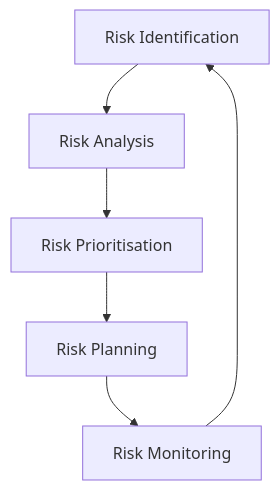
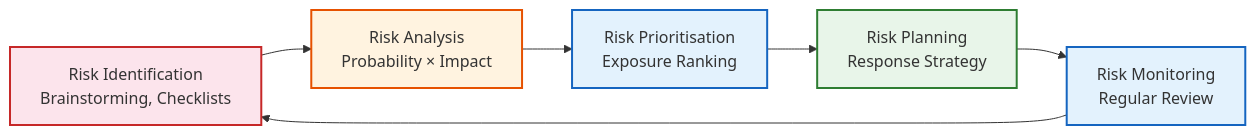
One commit to Raushan666java/ai-engineering-journey changed the fourth of 4 diagrams in docs/courses/software-engineering/08-project-management.md. Above: the diagram before and after it, drawn with Mermaid. The commit also changed other lines of this file and 15 other files, not shown here.

Commit message:
deploy: software-engineering overhaul - 16 chapters expanded to avg 1284L (+7649L), richer Mermaid, more TS, deeper content

````diff
--- a/docs/courses/software-engineering/08-project-management.md
+++ b/docs/courses/software-engineering/08-project-management.md
@@ -214,8 +369,13 @@
 ```mermaid
-graph TD
-    ID[Risk Identification] --> AN[Risk Analysis]
-    AN --> PR[Risk Prioritisation]
-    PR --> PL[Risk Planning]
-    PL --> MO[Risk Monitoring]
+graph LR
+    classDef id fill:#fce4ec,stroke:#c62828,stroke-width:2px
+    classDef an fill:#fff3e0,stroke:#e65100,stroke-width:2px
+    classDef pr fill:#e3f2fd,stroke:#1565c0,stroke-width:2px
+    classDef pl fill:#e8f5e9,stroke:#2e7d32,stroke-width:2px
+
+    ID[Risk Identification<br>Brainstorming, Checklists]:::id --> AN[Risk Analysis<br>Probability × Impact]:::an
+    AN --> PR[Risk Prioritisation<br>Exposure Ranking]:::pr
+    PR --> PL[Risk Planning<br>Response Strategy]:::pl
+    PL --> MO[Risk Monitoring<br>Regular Review]:::pr
     MO --> ID
 ```
````
